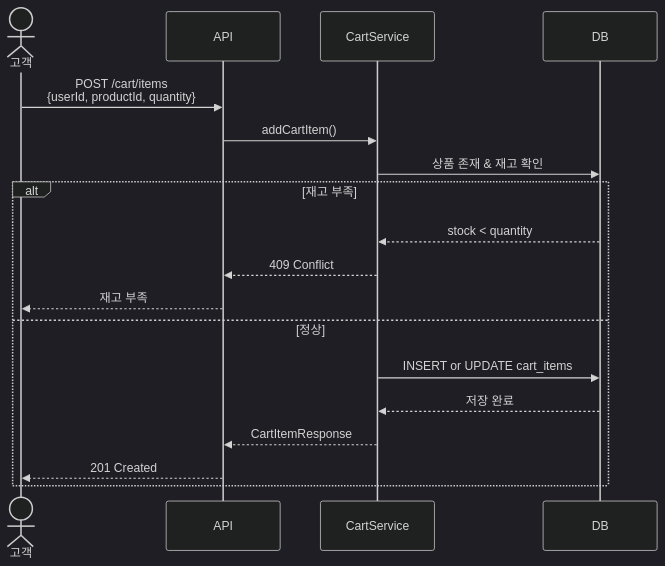
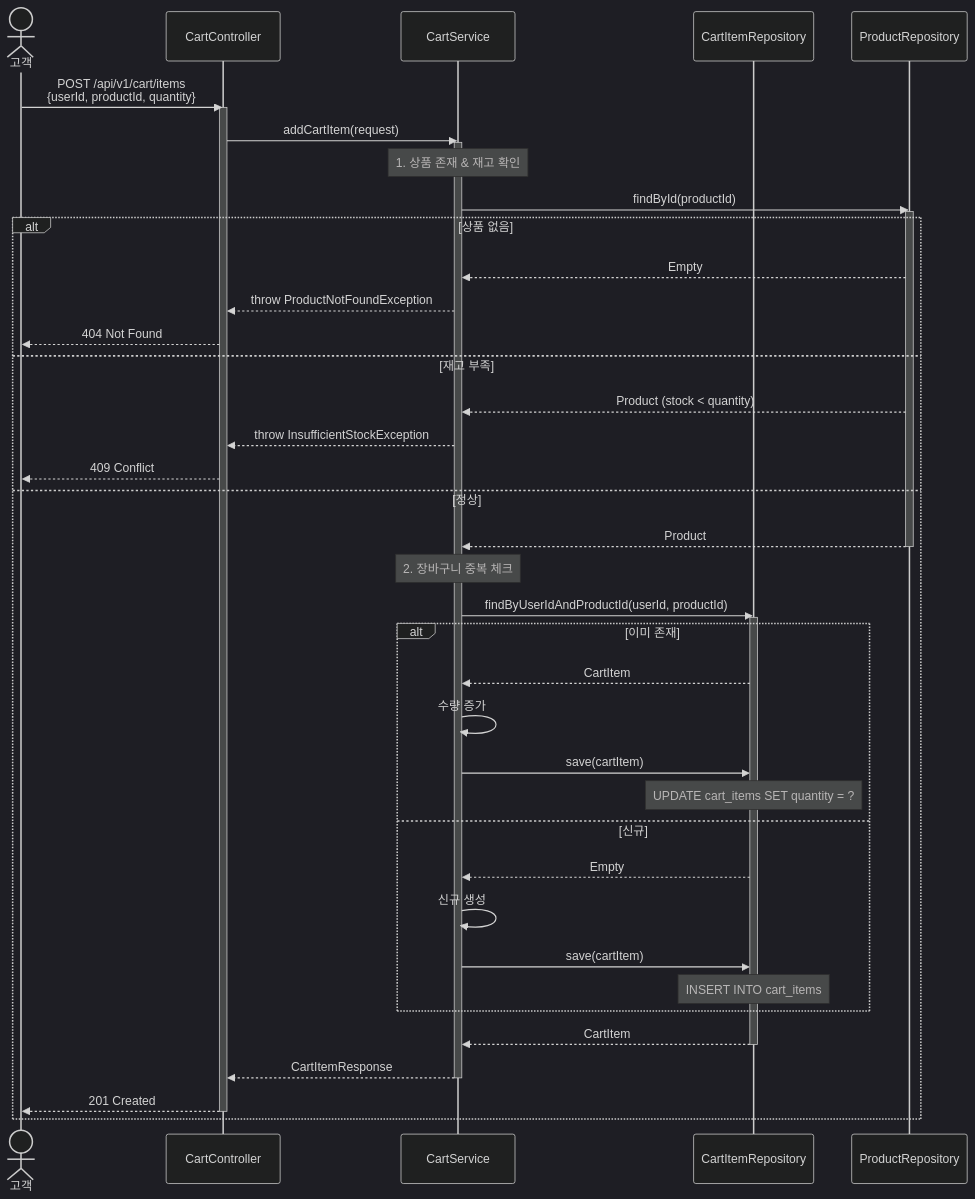
One commit to jaedeokhan/start-study changed the fourth of 9 diagrams in week2-api-design-management/api-swagger/docs/api/sequence-diagrams.md. Above: the diagram before and after it, drawn with Mermaid (dark theme).

Commit message:
refact: 장바구니 추가 시퀀스 다이어그램 수정

````diff
--- a/week2-api-design-management/api-swagger/docs/api/sequence-diagrams.md
+++ b/week2-api-design-management/api-swagger/docs/api/sequence-diagrams.md
@@ -116,23 +116,55 @@
 ```mermaid
 sequenceDiagram
     actor 고객
-    participant API
-    participant CartService
-    participant DB
+    participant Controller as CartController
+    participant Service as CartService
+    participant CartRepo as CartItemRepository
+    participant ProductRepo as ProductRepository
 
-    고객->>API: POST /cart/items<br/>{userId, productId, quantity}
-    API->>CartService: addCartItem()
+    고객->>Controller: POST /api/v1/cart/items<br/>{userId, productId, quantity}
+    activate Controller
 
-    CartService->>DB: 상품 존재 & 재고 확인
+    Controller->>Service: addCartItem(request)
+    activate Service
 
-    alt 재고 부족
-        DB-->>CartService: stock < quantity
-        CartService-->>API: 409 Conflict
-        API-->>고객: 재고 부족
+    Note over Service: 1. 상품 존재 & 재고 확인
+    Service->>ProductRepo: findById(productId)
+    activate ProductRepo
+
+    alt 상품 없음
+        ProductRepo-->>Service: Empty
+        Service-->>Controller: throw ProductNotFoundException
+        Controller-->>고객: 404 Not Found
+    else 재고 부족
+        ProductRepo-->>Service: Product (stock < quantity)
+        Service-->>Controller: throw InsufficientStockException
+        Controller-->>고객: 409 Conflict
     else 정상
-        CartService->>DB: INSERT or UPDATE cart_items
-        DB-->>CartService: 저장 완료
-        CartService-->>API: CartItemResponse
-        API-->>고객: 201 Created
+        ProductRepo-->>Service: Product
+        deactivate ProductRepo
+
+        Note over Service: 2. 장바구니 중복 체크
+        Service->>CartRepo: findByUserIdAndProductId(userId, productId)
+        activate CartRepo
+
+        alt 이미 존재
+            CartRepo-->>Service: CartItem
+            Service->>Service: 수량 증가
+            Service->>CartRepo: save(cartItem)
+            Note over CartRepo: UPDATE cart_items SET quantity = ?
+        else 신규
+            CartRepo-->>Service: Empty
+            Service->>Service: 신규 생성
+            Service->>CartRepo: save(cartItem)
+            Note over CartRepo: INSERT INTO cart_items
+        end
+
+        CartRepo-->>Service: CartItem
+        deactivate CartRepo
+
+        Service-->>Controller: CartItemResponse
+        deactivate Service
+        Controller-->>고객: 201 Created
+        deactivate Controller
     end
 ```
````
